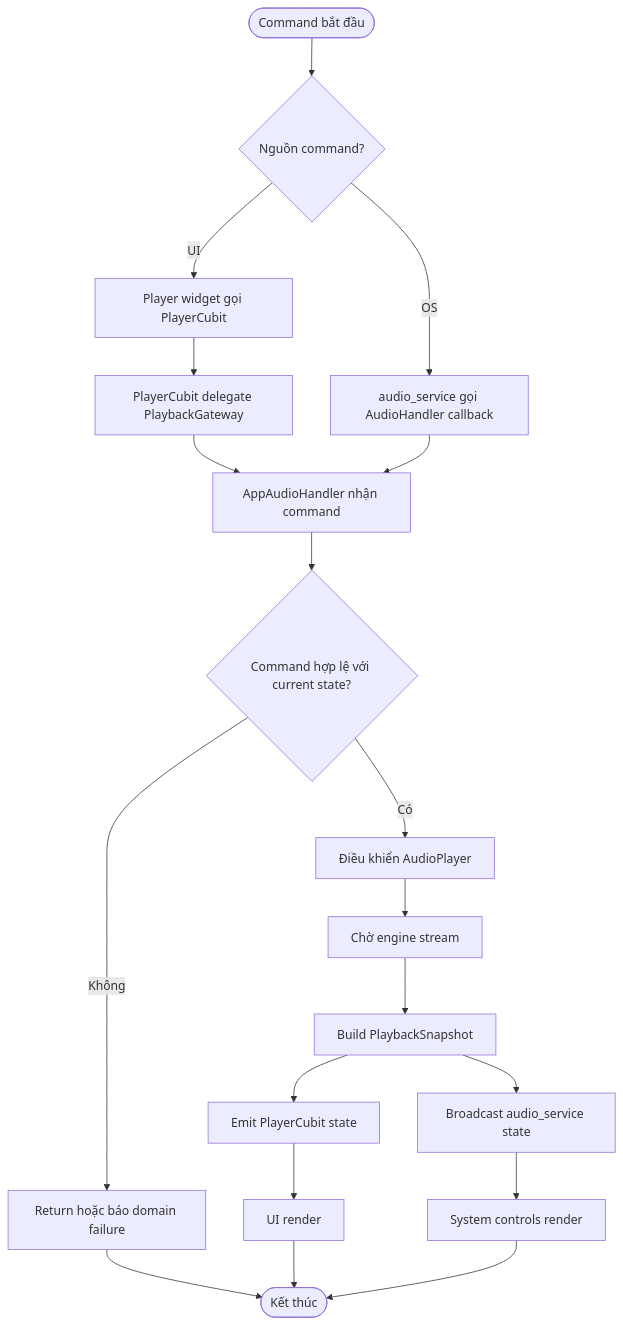
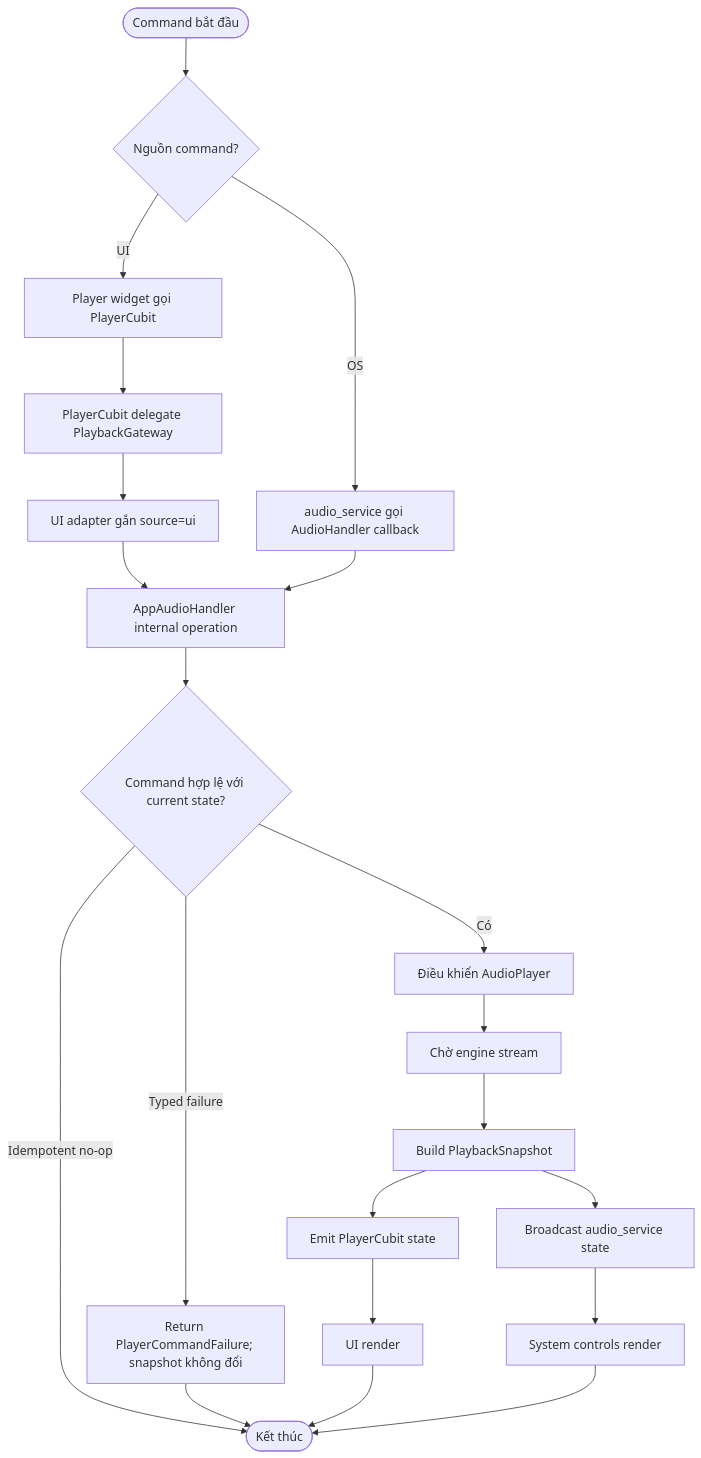
Before and after one commit to ViUniverse/ViListen: diagram 24 of 29 in docs/player-behavioral-diagrams.md, drawn with Mermaid. The commit also changed other lines of this file and 4 other files, not shown here.

````diff
--- a/docs/player-behavioral-diagrams.md
+++ b/docs/player-behavioral-diagrams.md
@@ -1000,21 +1092,23 @@
 ```mermaid
 flowchart TD
     A([Command bắt đầu]) --> B{Nguồn command?}
     B -->|UI| C[Player widget gọi PlayerCubit]
     C --> D[PlayerCubit delegate PlaybackGateway]
+    D --> E1[UI adapter gắn source=ui]
     B -->|OS| E[audio_service gọi AudioHandler callback]
-    D --> F[AppAudioHandler nhận command]
+    E1 --> F[AppAudioHandler internal operation]
     E --> F
     F --> G{Command hợp lệ với current state?}
-    G -->|Không| H[Return hoặc báo domain failure]
+    G -->|Typed failure| H[Return PlayerCommandFailure; snapshot không đổi]
+    G -->|Idempotent no-op| P
     G -->|Có| I[Điều khiển AudioPlayer]
     I --> J[Chờ engine stream]
     J --> K[Build PlaybackSnapshot]
     K --> L[Emit PlayerCubit state]
     K --> M[Broadcast audio_service state]
     L --> N[UI render]
     M --> O[System controls render]
     H --> P([Kết thúc])
     N --> P
     O --> P
 ```
````
